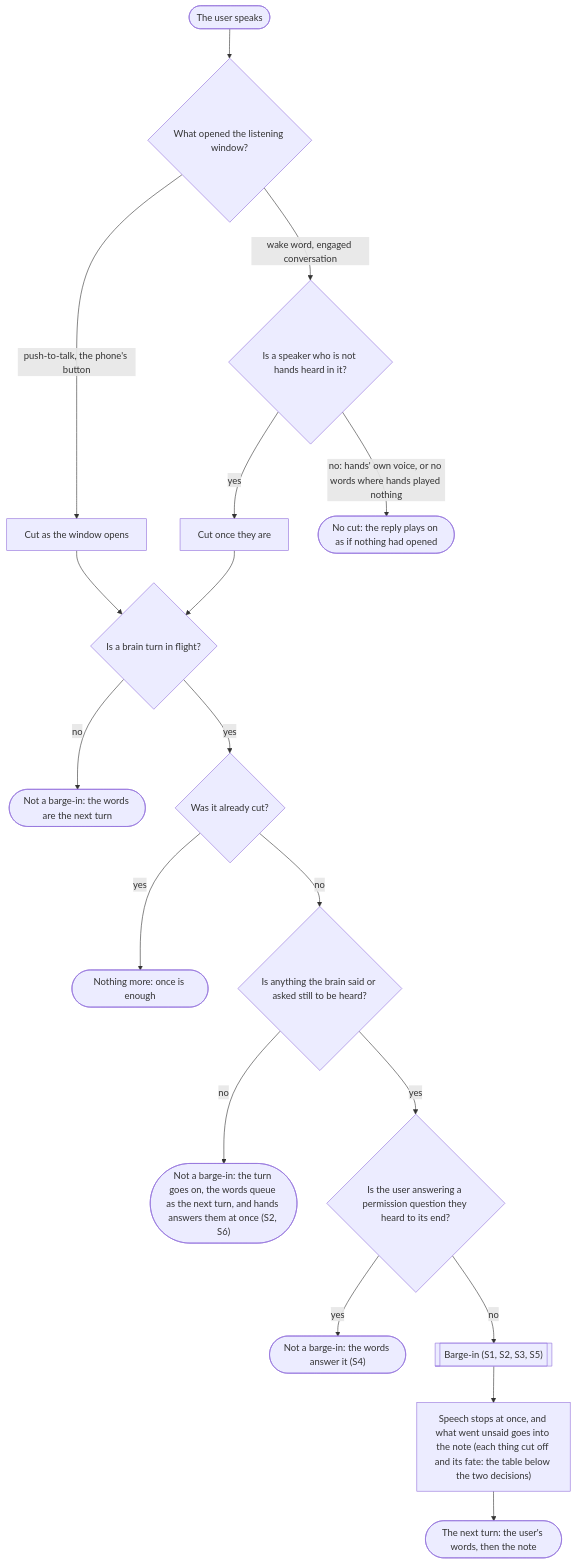
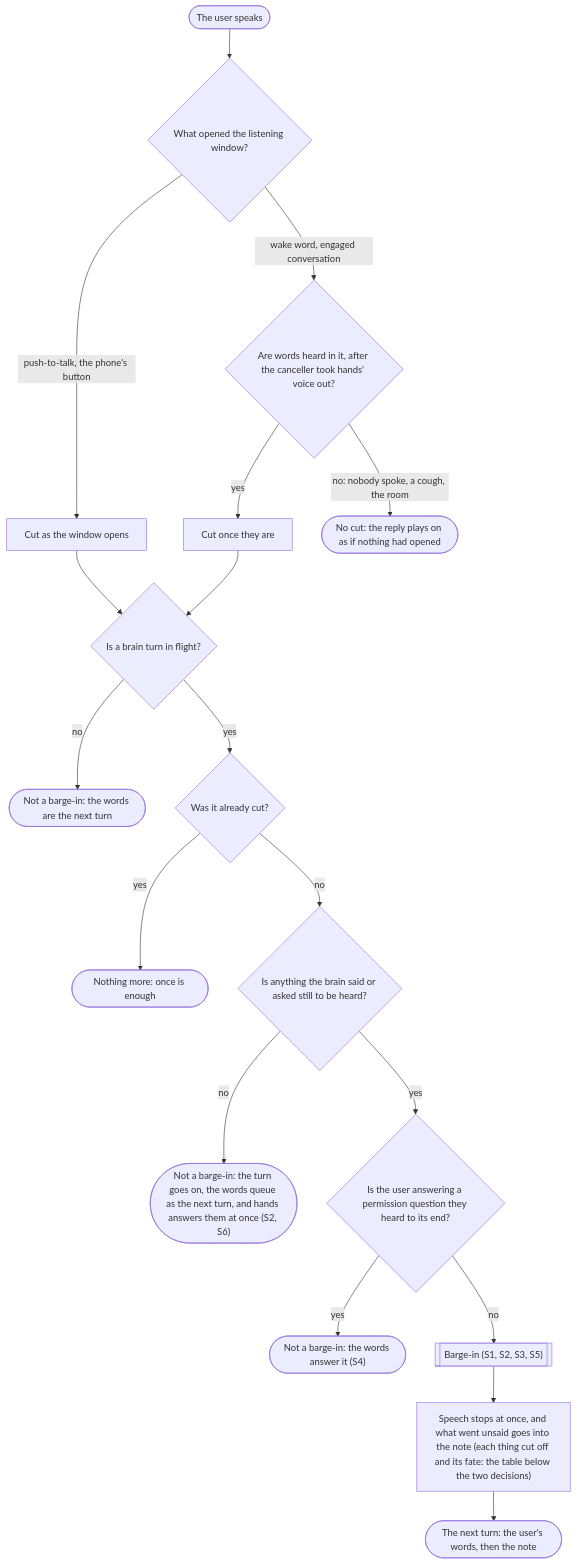
One commit to promptctl/cc-hands changed the first of 7 diagrams in docs/barge-in.md. Above: the diagram before and after it, drawn with Mermaid. The commit also changed other lines of this file and 18 other files, not shown here.

First line of the commit message:
echo: a voice-opened window cuts hands off on the words heard in it, with no voiceprint deciding whose they are (promptctl-voice-i15t.65f.uhp)

````diff
--- a/docs/barge-in.md
+++ b/docs/barge-in.md
@@ -53,20 +53,20 @@
 ```mermaid
 flowchart TD
     speak(["The user speaks"]) --> opened{"What opened the listening window?"}
     opened -- "push-to-talk, the phone's button" --> now["Cut as the window opens"]
-    opened -- "wake word, engaged conversation" --> whisper{"Is a speaker who is not hands heard in it?"}
+    opened -- "wake word, engaged conversation" --> whisper{"Are words heard in it, after the canceller took hands' voice out?"}
     whisper -- "yes" --> words["Cut once they are"]
-    whisper -- "no: hands' own voice, or no words where hands played nothing" --> nocut(["No cut: the reply plays on as if nothing had opened"])
+    whisper -- "no: nobody spoke, a cough, the room" --> nocut(["No cut: the reply plays on as if nothing had opened"])
     now --> inflight{"Is a brain turn in flight?"}
     words --> inflight
     inflight -- "no" --> nextturn(["Not a barge-in: the words are the next turn"])
     inflight -- "yes" --> again{"Was it already cut?"}
     again -- "yes" --> once(["Nothing more: once is enough"])
     again -- "no" --> left{"Is anything the brain said or asked still to be heard?"}
     left -- "no" --> queue(["Not a barge-in: the turn goes on, the words queue as the next turn, and hands answers them at once (S2, S6)"])
     left -- "yes" --> heard{"Is the user answering a permission question they heard to its end?"}
     heard -- "yes" --> answer(["Not a barge-in: the words answer it (S4)"])
     heard -- "no" --> barge[["Barge-in (S1, S2, S3, S5)"]]
     barge --> fates["Speech stops at once, and what went unsaid goes into the note (each thing cut off and its fate: the table below the two decisions)"]
     fates --> note(["The next turn: the user's words, then the note"])
 ```
````
